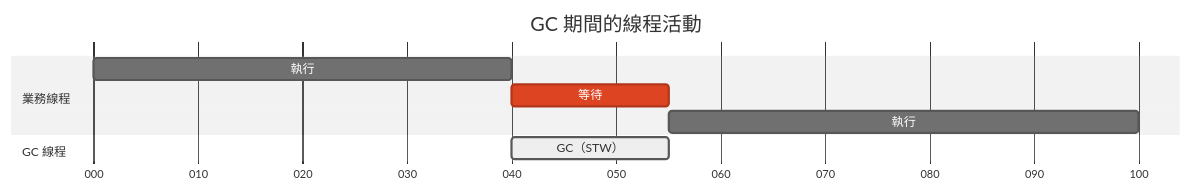
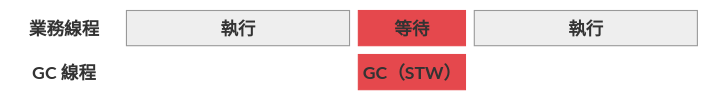
One commit to AnthonyFuFu/StudyNotes changed the fifth of 8 diagrams in docs/java/jvm/gc.md. Above: the diagram before and after it, drawn with Mermaid (neutral theme). The commit also changed other lines of this file and 43 other files, not shown here.

````diff
--- a/docs/java/jvm/gc.md
+++ b/docs/java/jvm/gc.md
@@ -165,12 +165,10 @@
 ``` mermaid
-gantt
-    title GC 期間的線程活動
-    dateFormat x
-    axisFormat %L
-    section 業務線程
-    執行      : 0, 40
-    等待      : crit, 40, 55
-    執行      : 55, 100
-    section GC 線程
-    GC（STW） : active, 40, 55
+block-beta
+    columns 6
+    l1["業務線程"] r1["執行"]:2 w1["等待"] r2["執行"]:2
+    l2["GC 線程"] space:2 g1["GC（STW）"] space:2
+    classDef label fill:transparent,stroke:transparent,font-weight:bold
+    classDef stw fill:#e5484d,color:#fff,stroke:#e5484d
+    class l1,l2 label
+    class w1,g1 stw
 ```
````
